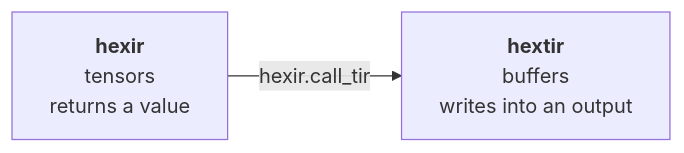
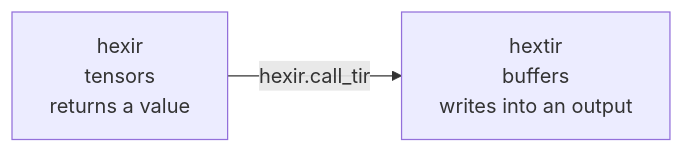
One commit to hamzaqureshi5/hexir changed the diagram in docs/ir-levels.md. Above: the diagram before and after it, drawn with Mermaid. The commit also changed 5 other files, not shown here.

First line of the commit message:
docs: make the diagrams robust, and stop tracking CLAUDE.md

````diff
--- a/docs/ir-levels.md
+++ b/docs/ir-levels.md
@@ -99,4 +99,4 @@
 ```mermaid
 flowchart LR
-    A["<b>hexir</b><br/>tensors<br/>returns a value"] -->|hexir.call_tir| B["<b>hextir</b><br/>buffers<br/>writes into an output"]
+    A["hexir<br/>tensors<br/>returns a value"] -->|hexir.call_tir| B["hextir<br/>buffers<br/>writes into an output"]
 ```
````
